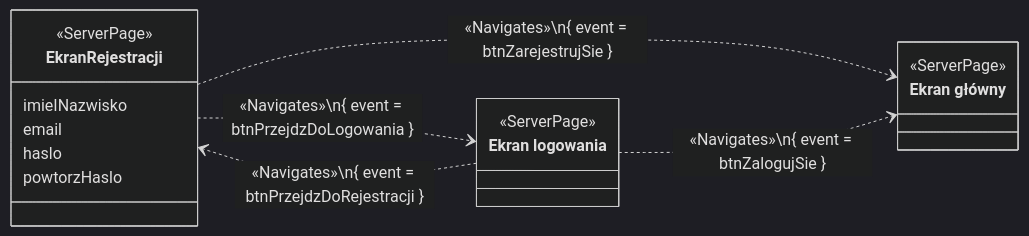
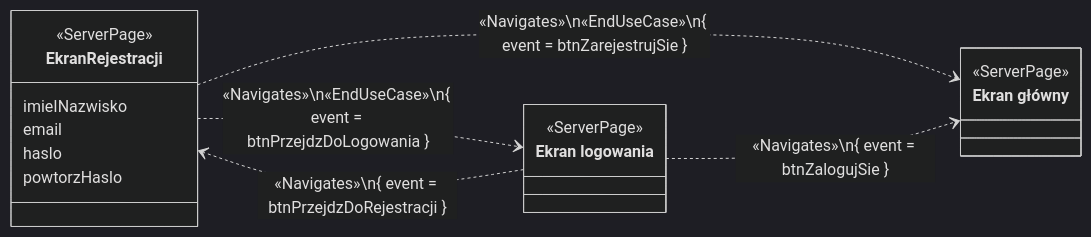
Before and after one commit to PWR-ACS-SE-24/SoftwareSystemDesign: the second of 5 diagrams in documentation/course/E1.md, drawn with Mermaid (dark theme). The commit also changed other lines of this file, not shown here.

Commit message:
Add missing use case stereotypes

````diff
--- a/documentation/course/E1.md
+++ b/documentation/course/E1.md
@@ -594,18 +594,18 @@
 ```mermaid
 classDiagram
     direction LR
     class EkranRejestracji {
         <<ServerPage>>
         imieINazwisko
         email
         haslo
         powtorzHaslo
     }
     class LoginScreen["Ekran logowania"] { <<ServerPage>> }
     class MainScreen["Ekran główny"] { <<ServerPage>> }
 
-    EkranRejestracji ..> LoginScreen: «Navigates»\n{ event = btnPrzejdzDoLogowania }
-    EkranRejestracji ..> MainScreen: «Navigates»\n{ event = btnZarejestrujSie }
+    EkranRejestracji ..> LoginScreen: «Navigates»\n«EndUseCase»\n{ event = btnPrzejdzDoLogowania }
+    EkranRejestracji ..> MainScreen: «Navigates»\n«EndUseCase»\n{ event = btnZarejestrujSie }
     LoginScreen ..> EkranRejestracji: «Navigates»\n{ event = btnPrzejdzDoRejestracji }
     LoginScreen ..> MainScreen: «Navigates»\n{ event = btnZalogujSie }
 ```
````
